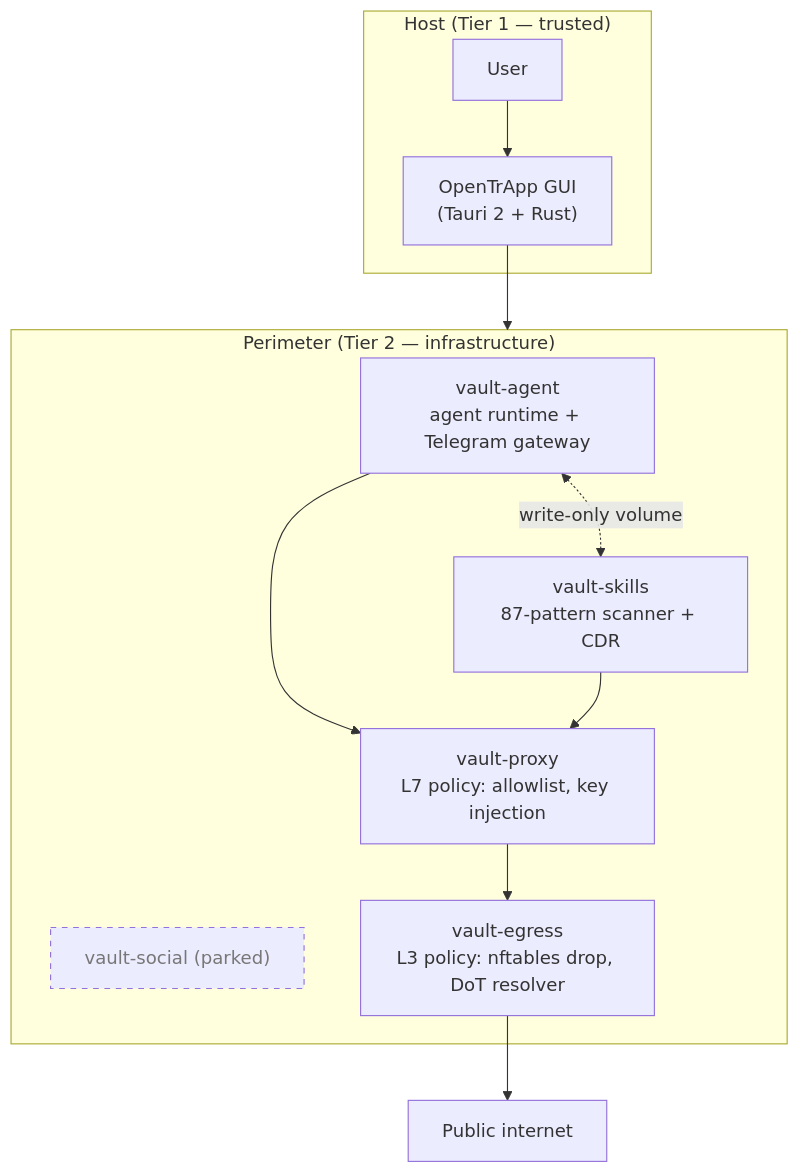
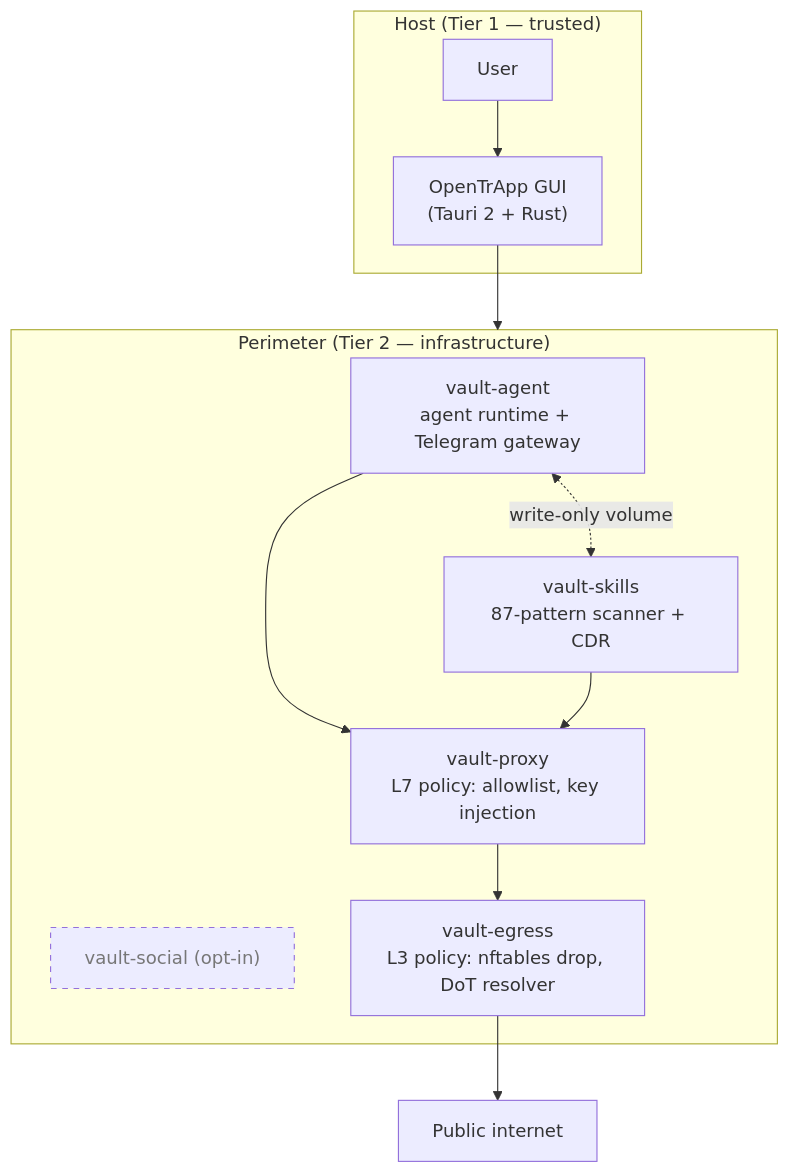
One commit to albertdobmeyer/opentrapp changed the diagram in docs/trifecta.md. Above: the diagram before and after it, drawn with Mermaid. The commit also changed other lines of this file and 1 other file, not shown here.

````diff
--- a/docs/trifecta.md
+++ b/docs/trifecta.md
@@ -57,26 +57,26 @@
 ```mermaid
 flowchart TB
     subgraph HOST["Host (Tier 1 — trusted)"]
         USER[User]
         GUI["OpenTrApp GUI<br/>(Tauri 2 + Rust)"]
     end
 
     subgraph PERIMETER["Perimeter (Tier 2 — infrastructure)"]
         AGENT["vault-agent<br/>agent runtime + Telegram gateway"]
         FORGE["vault-skills<br/>87-pattern scanner + CDR"]
-        PIONEER["vault-social (parked)"]
+        PIONEER["vault-social (opt-in)"]
         PROXY["vault-proxy<br/>L7 policy: allowlist, key injection"]
         EGRESS["vault-egress<br/>L3 policy: nftables drop, DoT resolver"]
     end
 
     USER --> GUI
     GUI --> PERIMETER
     AGENT --> PROXY
     FORGE --> PROXY
     AGENT <-.->|"write-only volume"| FORGE
     PROXY --> EGRESS
     EGRESS --> EXT[Public internet]
 
     classDef parked stroke-dasharray: 5 5,color:#777
     class PIONEER parked
 ```
````
